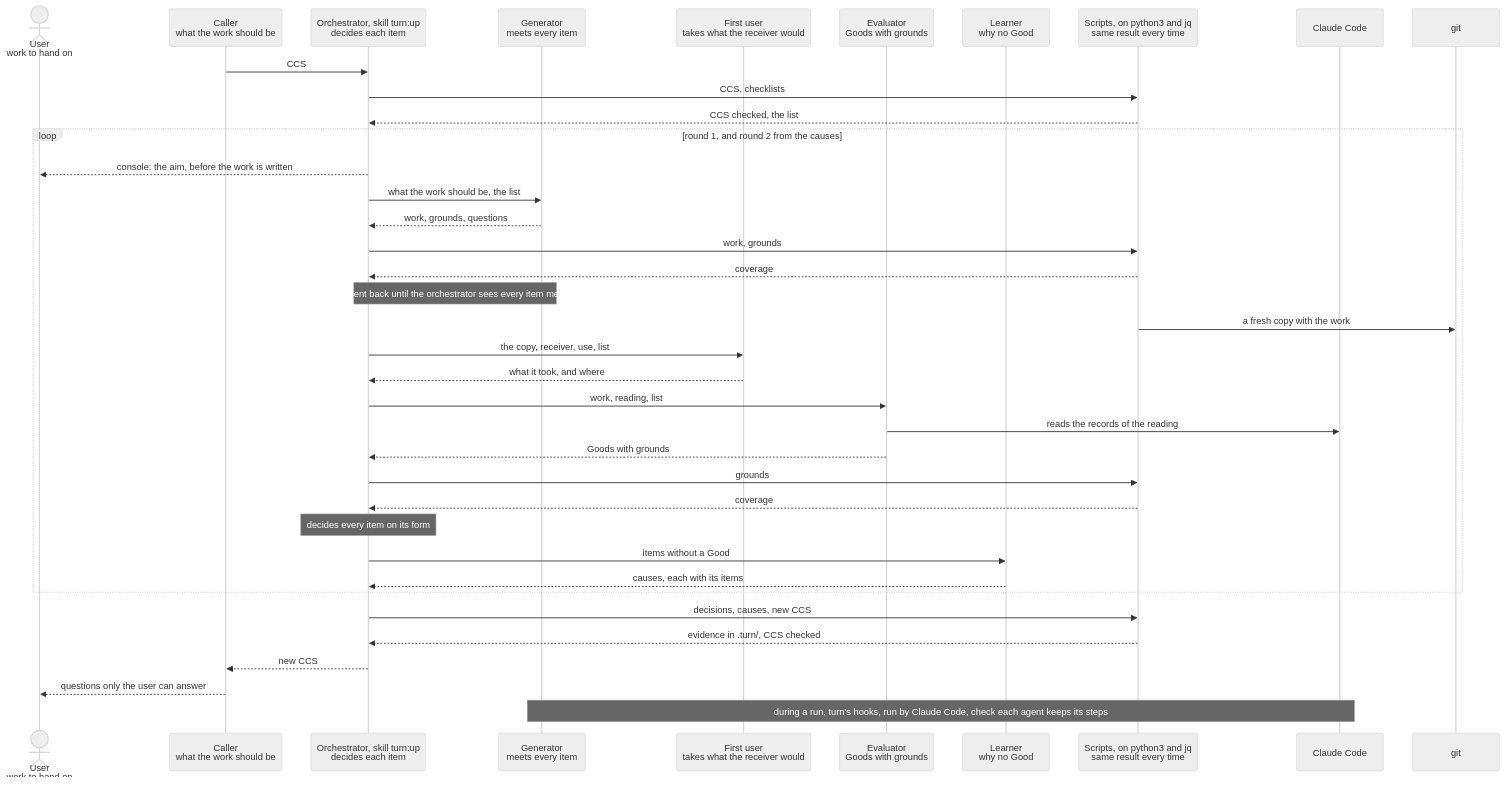
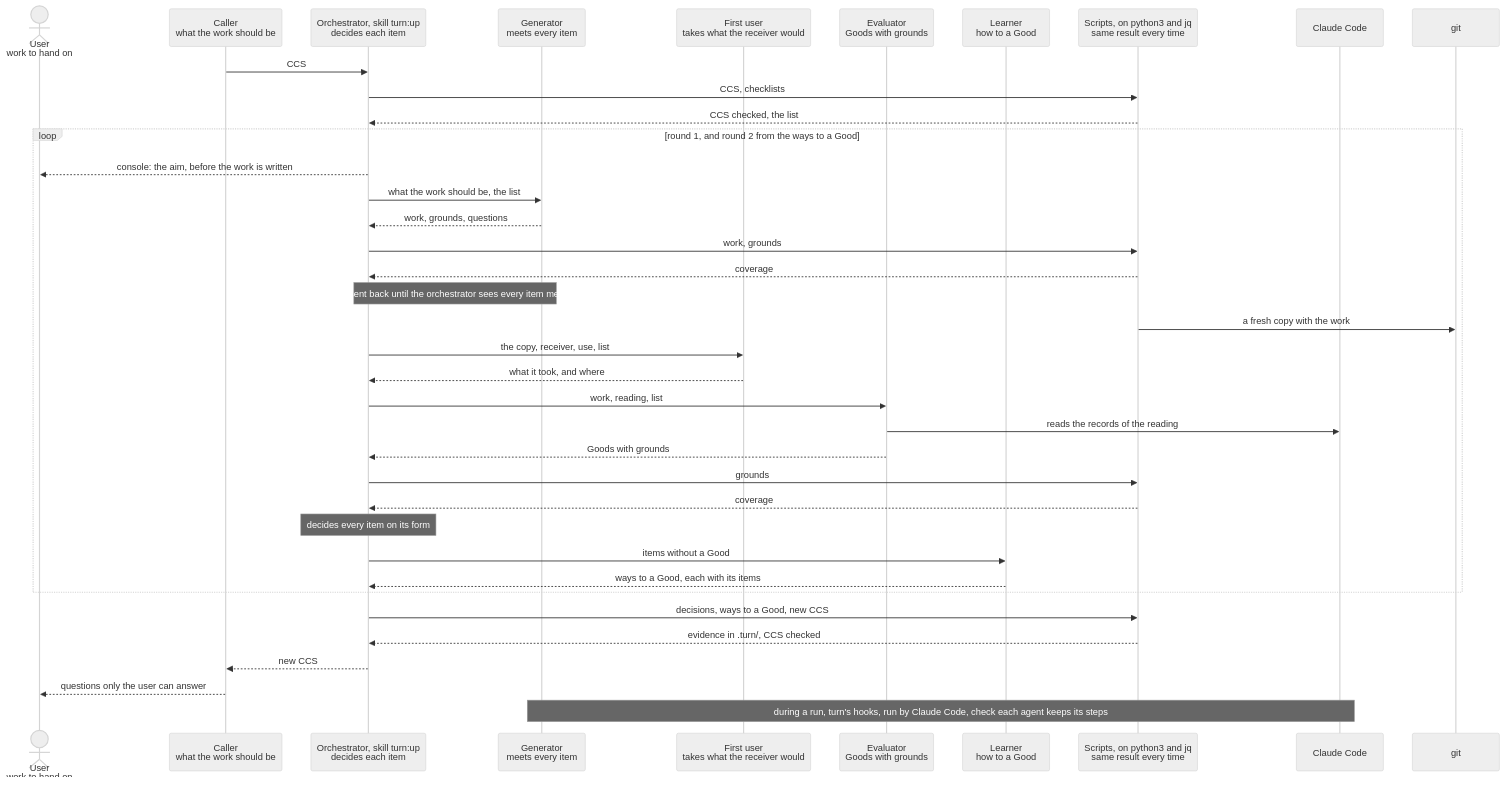
One commit to lovaizu/ccpm changed the diagram in dev/turn/design.md. Above: the diagram before and after it, drawn with Mermaid (neutral theme). The commit also changed other lines of this file and 1 other file, not shown here.

First line of the commit message:
turn design: the learner finds how an item would get a Good

````diff
--- a/dev/turn/design.md
+++ b/dev/turn/design.md
@@ -161,40 +161,40 @@
 ```mermaid
 sequenceDiagram
   actor U as User<br/>work to hand on
   participant C as Caller<br/>what the work should be
   participant O as Orchestrator, skill turn:up<br/>decides each item
   participant G as Generator<br/>meets every item
   participant F as First user<br/>takes what the receiver would
   participant E as Evaluator<br/>Goods with grounds
-  participant L as Learner<br/>why no Good
+  participant L as Learner<br/>how to a Good
   participant S as Scripts, on python3 and jq<br/>same result every time
   participant CC as Claude Code
   participant GIT as git
   C->>O: CCS
   O->>S: CCS, checklists
   S-->>O: CCS checked, the list
-  loop round 1, and round 2 from the causes
+  loop round 1, and round 2 from the ways to a Good
     O-->>U: console: the aim, before the work is written
     O->>G: what the work should be, the list
     G-->>O: work, grounds, questions
     O->>S: work, grounds
     S-->>O: coverage
     Note over O,G: sent back until the orchestrator sees every item met
     S->>GIT: a fresh copy with the work
     O->>F: the copy, receiver, use, list
     F-->>O: what it took, and where
     O->>E: work, reading, list
     E->>CC: reads the records of the reading
     E-->>O: Goods with grounds
     O->>S: grounds
     S-->>O: coverage
     Note over O: decides every item on its form
     O->>L: items without a Good
-    L-->>O: causes, each with its items
+    L-->>O: ways to a Good, each with its items
   end
-  O->>S: decisions, causes, new CCS
+  O->>S: decisions, ways to a Good, new CCS
   S-->>O: evidence in .turn/, CCS checked
   O-->>C: new CCS
   C-->>U: questions only the user can answer
   Note over G,CC: during a run, turn's hooks, run by Claude Code, check each agent keeps its steps
 ```
````
